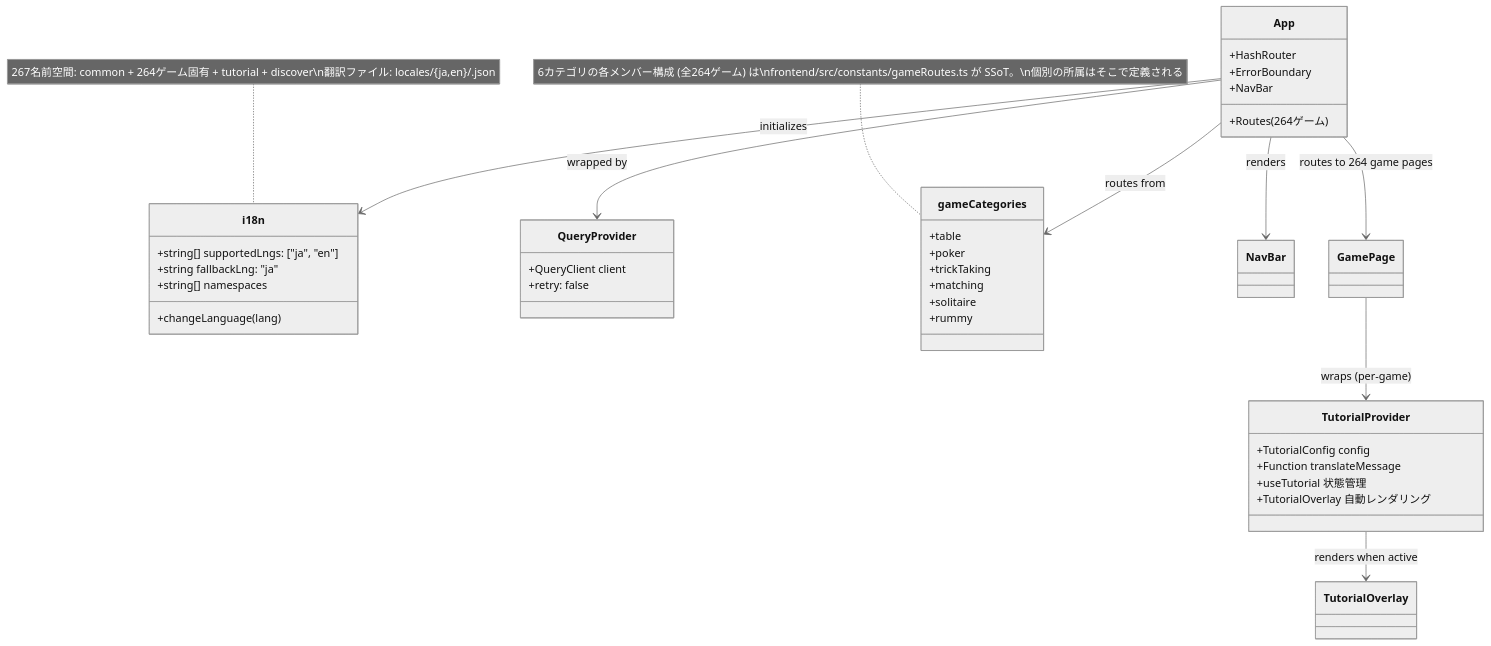
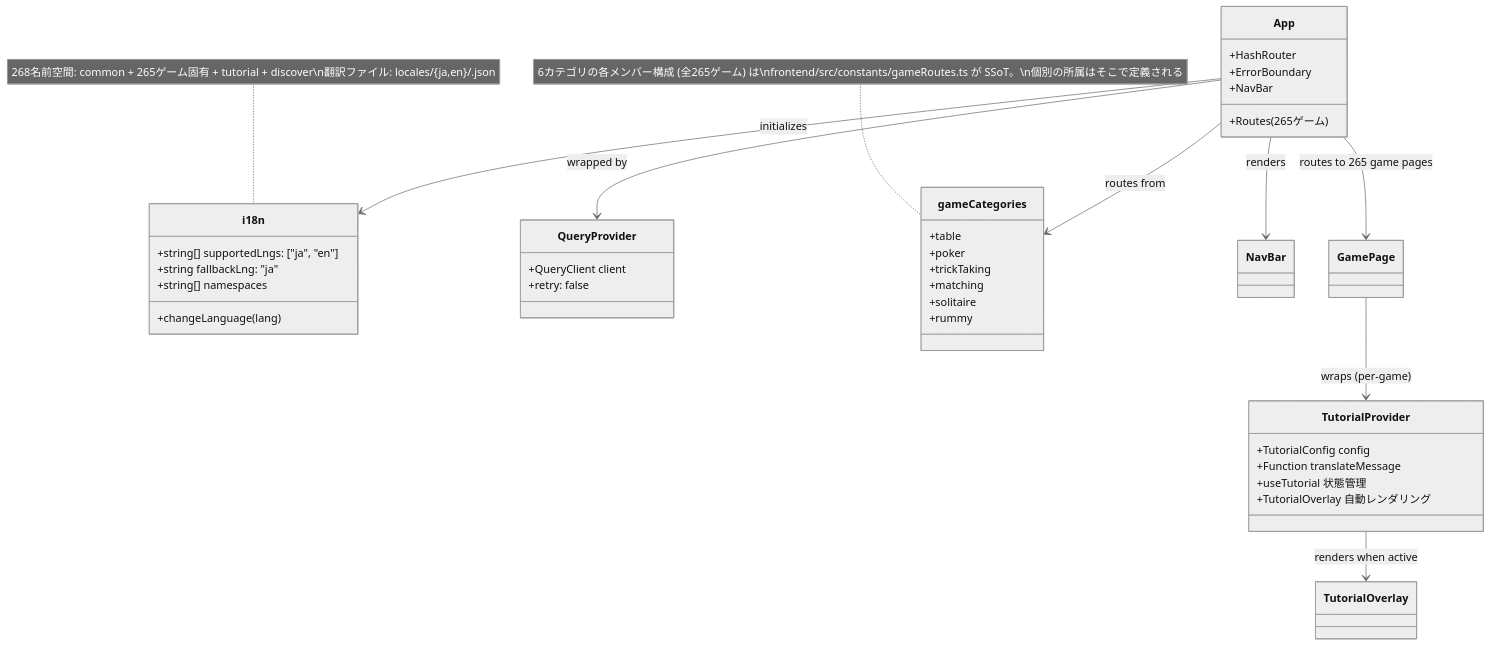
Before and after one commit to yuta-yoshinaga/go_trumpcards: the ninth of 49 diagrams in docs/design/frontend.md, drawn with Mermaid (neutral theme). The commit also changed other lines of this file and 55 other files, not shown here.

````diff
--- a/docs/design/frontend.md
+++ b/docs/design/frontend.md
@@ -1869,48 +1869,48 @@
 ```mermaid
 classDiagram
     class i18n {
         +string[] supportedLngs: ["ja", "en"]
         +string fallbackLng: "ja"
         +string[] namespaces
         +changeLanguage(lang)
     }
 
     class QueryProvider {
         +QueryClient client
         +retry: false
     }
 
     class App {
         +HashRouter
         +ErrorBoundary
         +NavBar
-        +Routes (264ゲーム)
+        +Routes (265ゲーム)
     }
 
     class gameCategories {
         +table
         +poker
         +trickTaking
         +matching
         +solitaire
         +rummy
     }
-    note for gameCategories "6カテゴリの各メンバー構成 (全264ゲーム) は\nfrontend/src/constants/gameRoutes.ts が SSoT。\n個別の所属はそこで定義される"
+    note for gameCategories "6カテゴリの各メンバー構成 (全265ゲーム) は\nfrontend/src/constants/gameRoutes.ts が SSoT。\n個別の所属はそこで定義される"
 
     class TutorialProvider {
         +TutorialConfig config
         +Function translateMessage
         +useTutorial 状態管理
         +TutorialOverlay 自動レンダリング
     }
 
     App --> QueryProvider : wrapped by
     App --> i18n : initializes
     App --> gameCategories : routes from
     App --> NavBar : renders
-    App --> GamePage : routes to 264 game pages
+    App --> GamePage : routes to 265 game pages
     GamePage --> TutorialProvider : wraps (per-game)
     TutorialProvider --> TutorialOverlay : renders when active
 
-    note for i18n "267名前空間: common + 264ゲーム固有 + tutorial + discover\n翻訳ファイル: locales/{ja,en}/<game>.json"
+    note for i18n "268名前空間: common + 265ゲーム固有 + tutorial + discover\n翻訳ファイル: locales/{ja,en}/<game>.json"
 ```
````
